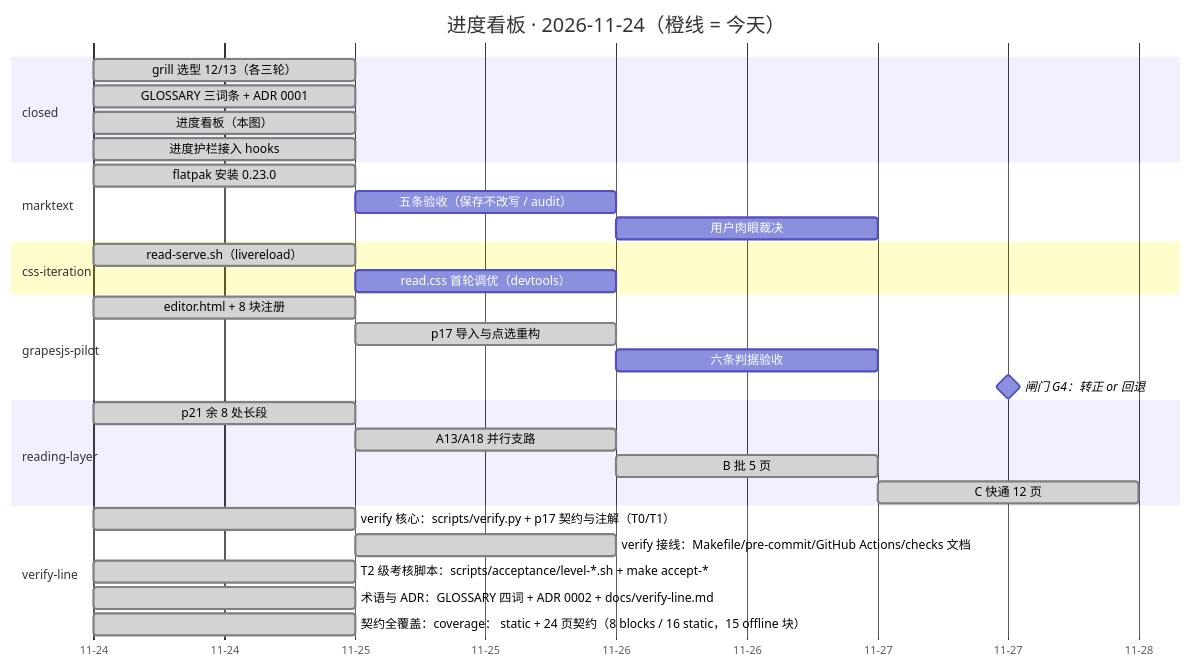
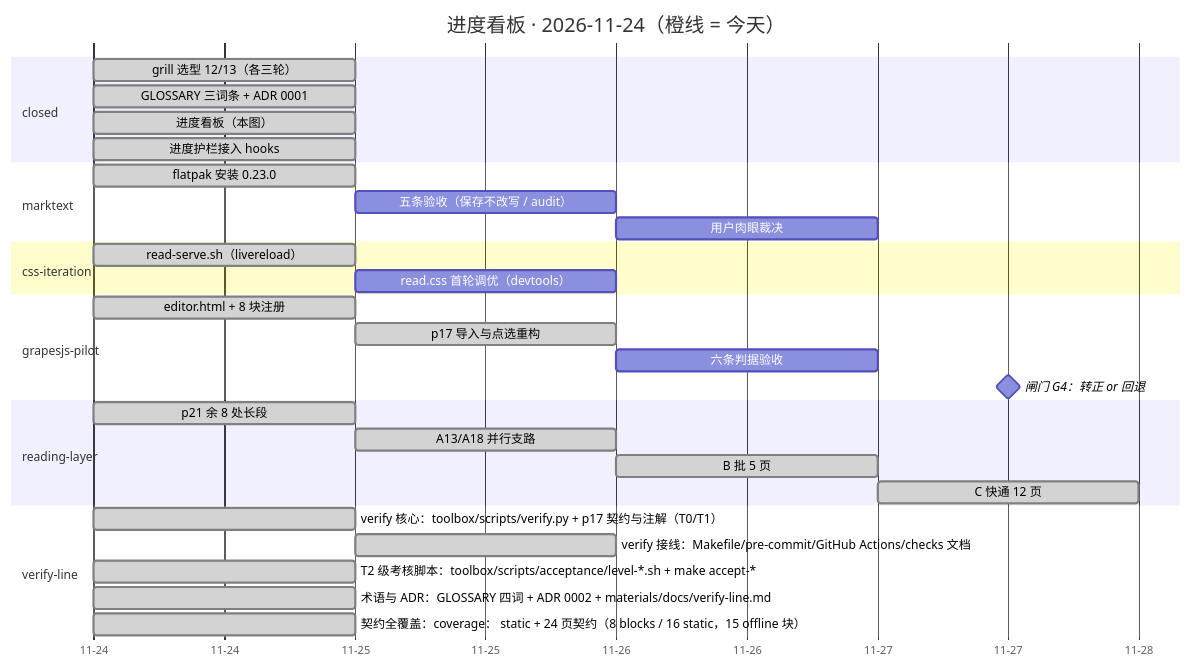
The diagram in materials/humen-desicions/14-progress-gantt.md (ZhenSiRong/DSWS), drawn with Mermaid before and after one commit. The commit also changed other lines of this file and 332 other files, not shown here.

````diff
--- a/materials/humen-desicions/14-progress-gantt.md
+++ b/materials/humen-desicions/14-progress-gantt.md
@@ -11,41 +11,41 @@
 ```mermaid
 gantt
     title 进度看板 · 2026-11-24（橙线 = 今天）
     dateFormat YYYY-MM-DD
     axisFormat %m-%d
     todayMarker stroke-width:3px,stroke:#e65100
 
     section closed
     grill 选型 12/13（各三轮）        :done, s1, 2026-11-24, 1d
     GLOSSARY 三词条 + ADR 0001        :done, s2, 2026-11-24, 1d
     进度看板（本图）        :done, s3, 2026-11-24, 1d
     进度护栏接入 hooks        :done, s4, 2026-11-24, 1d
 
     section marktext
     flatpak 安装 0.23.0        :done, m1, 2026-11-24, 1d
     五条验收（保存不改写 / audit）        :m2, after m1, 1d
     用户肉眼裁决        :m3, after m2, 1d
 
     section css-iteration
     read-serve.sh（livereload）        :done, c1, 2026-11-24, 1d
     read.css 首轮调优（devtools）        :c2, after c1, 1d
 
     section grapesjs-pilot
     editor.html + 8 块注册        :done, g1, 2026-11-24, 1d
     p17 导入与点选重构        :done, g2, after g1, 1d
     六条判据验收        :g3, after g2, 1d
     闸门 G4：转正 or 回退        :milestone, g4, after g3, 1d
 
     section reading-layer
     p21 余 8 处长段        :done, r1, 2026-11-24, 1d
     A13/A18 并行支路        :done, r2, after r1, 1d
     B 批 5 页        :done, r3, after r2, 1d
     C 快通 12 页        :done, r4, after r3, 1d
 
     section verify-line
-    verify 核心：scripts/verify.py + p17 契约与注解（T0/T1）        :done, v1, 2026-11-24, 1d
+    verify 核心：toolbox/scripts/verify.py + p17 契约与注解（T0/T1）        :done, v1, 2026-11-24, 1d
     verify 接线：Makefile/pre-commit/GitHub Actions/checks 文档        :done, v2, after v1, 1d
-    T2 级考核脚本：scripts/acceptance/level-*.sh + make accept-*        :done, v3, 2026-11-24, 1d
-    术语与 ADR：GLOSSARY 四词 + ADR 0002 + docs/verify-line.md        :done, v4, 2026-11-24, 1d
+    T2 级考核脚本：toolbox/scripts/acceptance/level-*.sh + make accept-*        :done, v3, 2026-11-24, 1d
+    术语与 ADR：GLOSSARY 四词 + ADR 0002 + materials/docs/verify-line.md        :done, v4, 2026-11-24, 1d
     契约全覆盖：coverage： static + 24 页契约（8 blocks / 16 static，15 offline 块）        :done, v5, 2026-11-24, 1d
 ```
````
